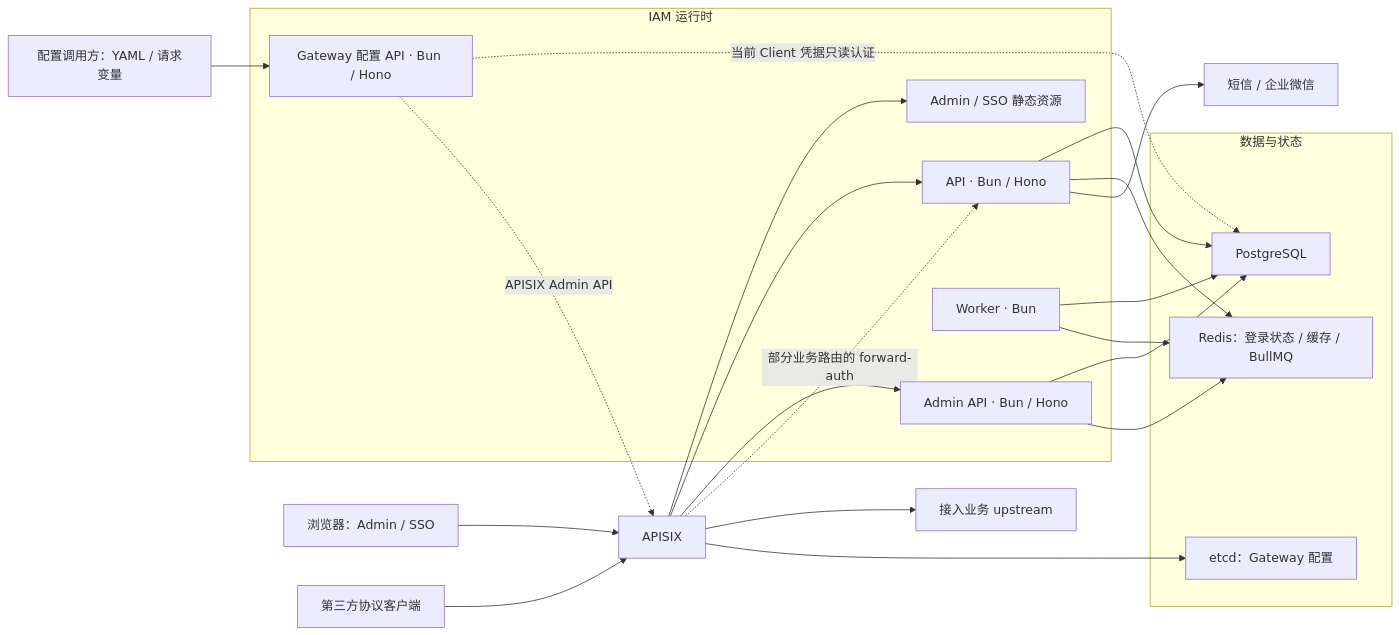
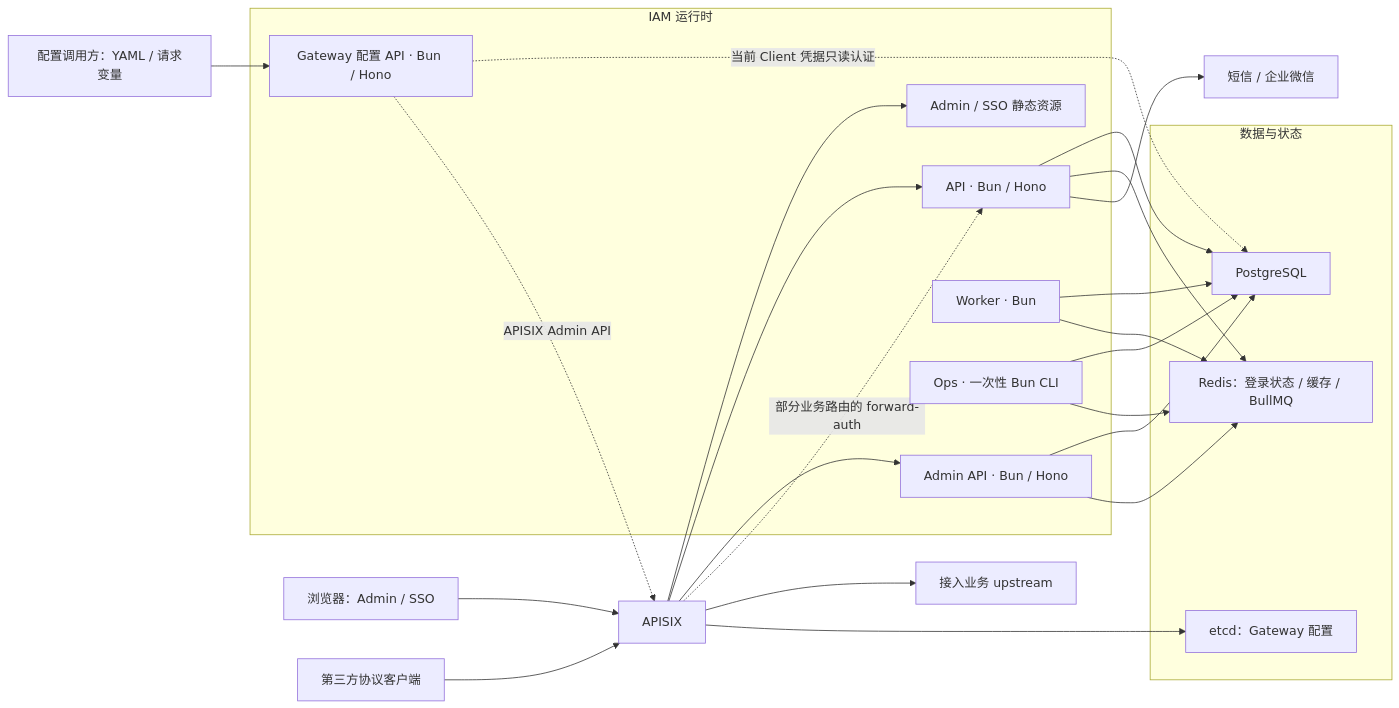
One commit to cyy1998/shgas-iam changed the diagram in docs/architecture/system-architecture.md. Above: the diagram before and after it, drawn with Mermaid. The commit also changed other lines of this file and 171 other files, not shown here.

````diff
--- a/docs/architecture/system-architecture.md
+++ b/docs/architecture/system-architecture.md
@@ -8,36 +8,39 @@
 ```mermaid
 flowchart LR
   browser["浏览器：Admin / SSO"] --> gateway["APISIX"]
   client["第三方协议客户端"] --> gateway
 
   subgraph iam["IAM 运行时"]
     web["Admin / SSO 静态资源"]
     api["API · Bun / Hono"]
     admin["Admin API · Bun / Hono"]
     worker["Worker · Bun"]
+    ops["Ops · 一次性 Bun CLI"]
     gatewayApi["Gateway 配置 API · Bun / Hono"]
   end
 
   subgraph storage["数据与状态"]
     pg["PostgreSQL"]
     redis["Redis：登录状态 / 缓存 / BullMQ"]
     etcd["etcd：Gateway 配置"]
   end
 
   gateway --> web
   gateway --> api
   gateway --> admin
   gateway --> business["接入业务 upstream"]
   gateway -. "部分业务路由的 forward-auth" .-> api
   gateway --> etcd
   publisher["配置调用方：YAML / 请求变量"] --> gatewayApi
   gatewayApi -. "当前 Client 凭据只读认证" .-> pg
   gatewayApi -. "APISIX Admin API" .-> gateway
   api --> pg
   admin --> pg
   worker --> pg
   api --> redis
   admin --> redis
   worker --> redis
+  ops --> pg
+  ops --> redis
   api --> integrations["短信 / 企业微信"]
 ```
````
